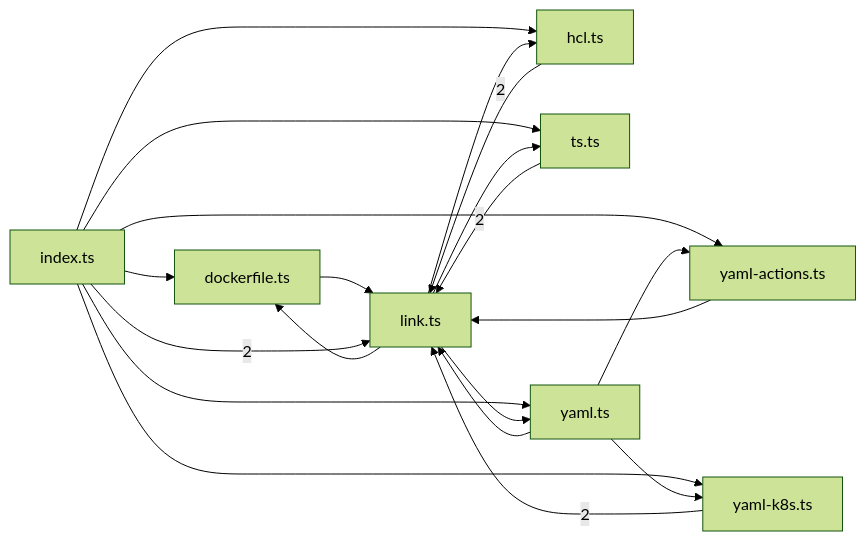
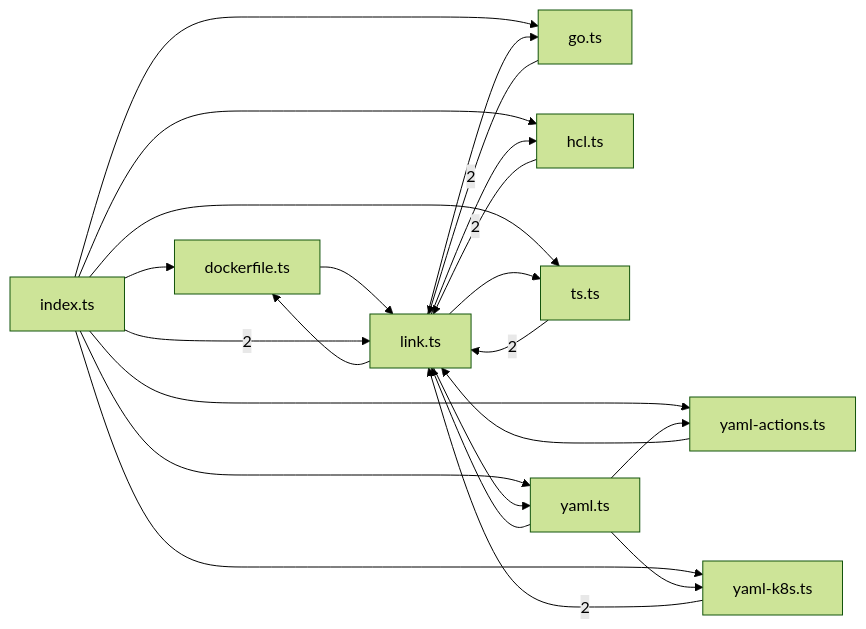
One commit to sns45/greplost changed the fifth of 8 diagrams in .greplost/packages/greplost__core/MAP.md. Above: the diagram before and after it, drawn with Mermaid (forest theme). The commit also changed other lines of this file and 49 other files, not shown here.

````diff
--- a/.greplost/packages/greplost__core/MAP.md
+++ b/.greplost/packages/greplost__core/MAP.md
@@ -310,30 +312,34 @@
 ```mermaid
 graph LR
   packages_core_src_references_dockerfile_ts["dockerfile.ts"]
+  packages_core_src_references_go_ts["go.ts"]
   packages_core_src_references_hcl_ts["hcl.ts"]
   packages_core_src_references_index_ts["index.ts"]
   packages_core_src_references_link_ts["link.ts"]
   packages_core_src_references_ts_ts["ts.ts"]
   packages_core_src_references_yaml_actions_ts["yaml-actions.ts"]
   packages_core_src_references_yaml_k8s_ts["yaml-k8s.ts"]
   packages_core_src_references_yaml_ts["yaml.ts"]
   packages_core_src_references_dockerfile_ts --> packages_core_src_references_link_ts
+  packages_core_src_references_go_ts -->|2| packages_core_src_references_link_ts
   packages_core_src_references_hcl_ts -->|2| packages_core_src_references_link_ts
   packages_core_src_references_index_ts --> packages_core_src_references_dockerfile_ts
+  packages_core_src_references_index_ts --> packages_core_src_references_go_ts
   packages_core_src_references_index_ts --> packages_core_src_references_hcl_ts
   packages_core_src_references_index_ts -->|2| packages_core_src_references_link_ts
   packages_core_src_references_index_ts --> packages_core_src_references_ts_ts
   packages_core_src_references_index_ts --> packages_core_src_references_yaml_actions_ts
   packages_core_src_references_index_ts --> packages_core_src_references_yaml_k8s_ts
   packages_core_src_references_index_ts --> packages_core_src_references_yaml_ts
   packages_core_src_references_link_ts --> packages_core_src_references_dockerfile_ts
+  packages_core_src_references_link_ts --> packages_core_src_references_go_ts
   packages_core_src_references_link_ts --> packages_core_src_references_hcl_ts
   packages_core_src_references_link_ts --> packages_core_src_references_ts_ts
   packages_core_src_references_link_ts --> packages_core_src_references_yaml_ts
   packages_core_src_references_ts_ts -->|2| packages_core_src_references_link_ts
   packages_core_src_references_yaml_actions_ts --> packages_core_src_references_link_ts
   packages_core_src_references_yaml_k8s_ts -->|2| packages_core_src_references_link_ts
   packages_core_src_references_yaml_ts --> packages_core_src_references_link_ts
   packages_core_src_references_yaml_ts --> packages_core_src_references_yaml_actions_ts
   packages_core_src_references_yaml_ts --> packages_core_src_references_yaml_k8s_ts
 ```
````
